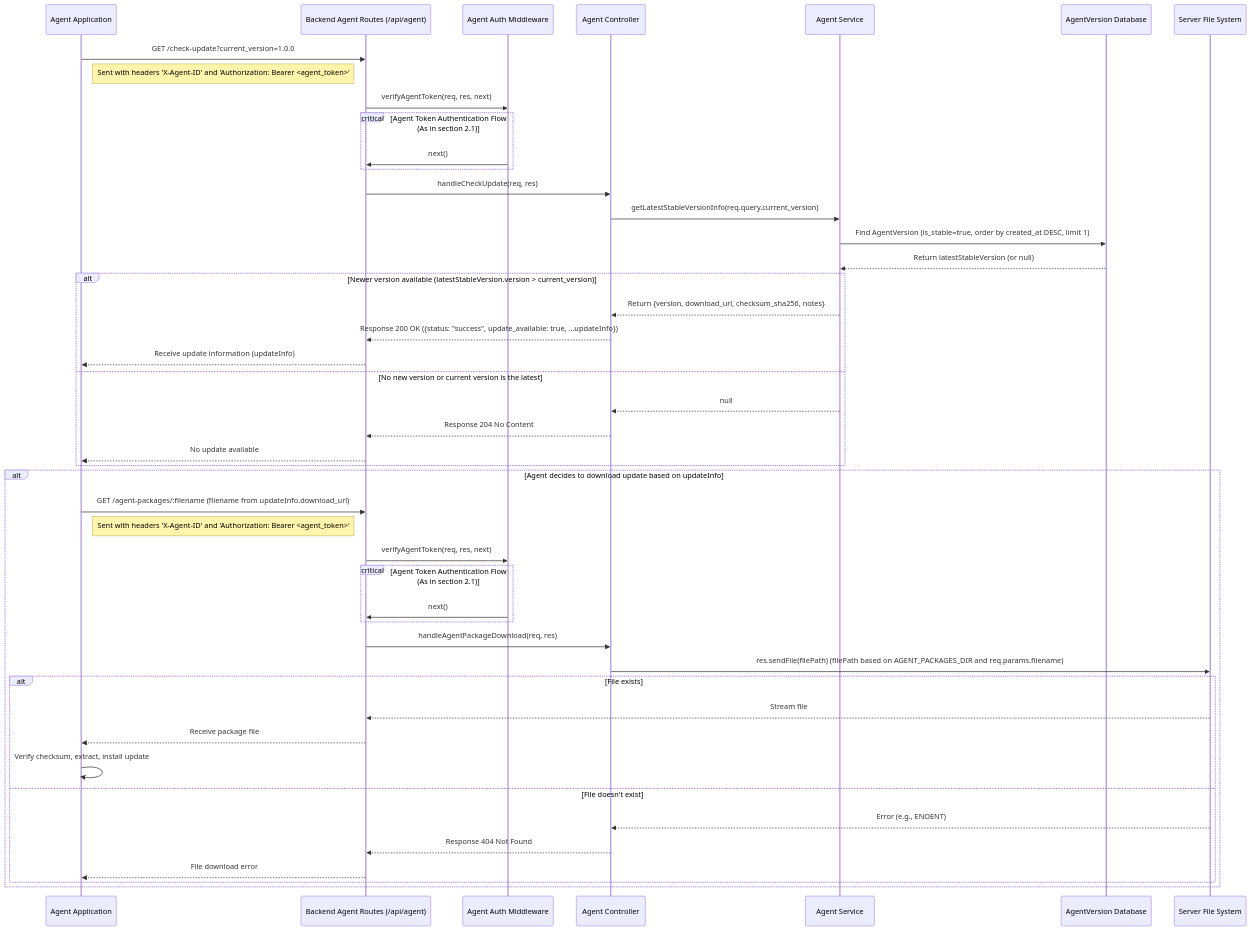
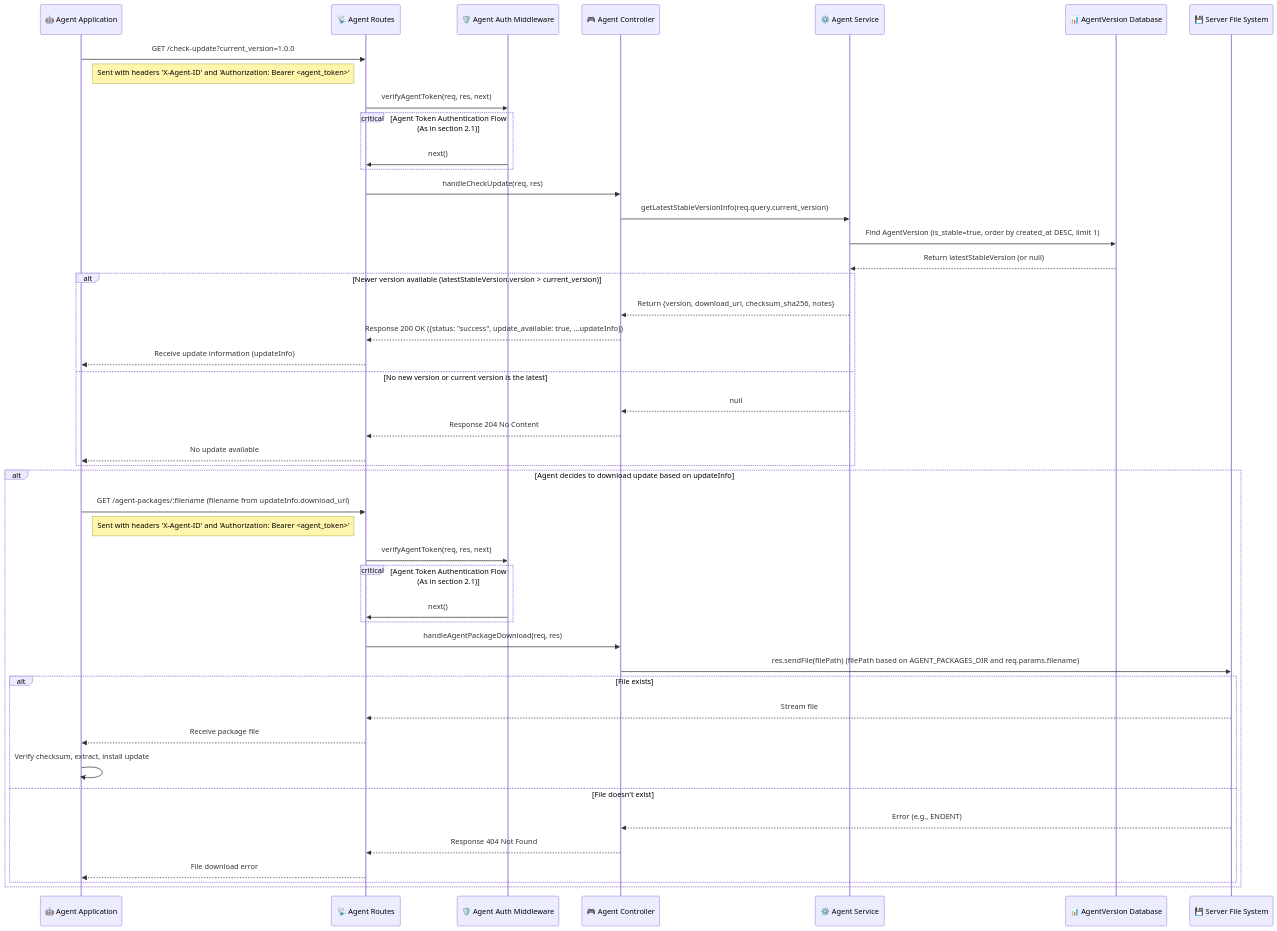
Before and after one commit to LoGGGG2402/computer-management-system: diagram 13 of 16 in backend/docs/flow.md, drawn with Mermaid. The commit also changed other lines of this file and 60 other files, not shown here.

````diff
--- a/backend/docs/flow.md
+++ b/backend/docs/flow.md
@@ -569,52 +488,52 @@
 ```mermaid
 sequenceDiagram
-    participant AgentApp as Agent Application
-    participant BE_AgentRoutes as Backend Agent Routes (/api/agent)
-    participant AgentAuthMiddleware as Agent Auth Middleware
-    participant AgentController as Agent Controller
-    participant AgentService as Agent Service
-    participant AgentVersionDB as AgentVersion Database
-    participant FileSystem as Server File System
+    participant AgentApp as 🤖 Agent Application
+    participant BE_AgentRoutes as 📡 Agent Routes
+    participant AgentAuthMiddleware as 🛡️ Agent Auth Middleware
+    participant AgentController as 🎮 Agent Controller
+    participant AgentService as ⚙️ Agent Service
+    participant AgentVersionDB as 📊 AgentVersion Database
+    participant FileSystem as 💾 Server File System
 
     %% Check for updates
     AgentApp->>BE_AgentRoutes: GET /check-update?current_version=1.0.0
     note right of AgentApp: Sent with headers 'X-Agent-ID' and 'Authorization: Bearer <agent_token>'
     BE_AgentRoutes->>AgentAuthMiddleware: verifyAgentToken(req, res, next)
     critical Agent Token Authentication Flow (As in section 2.1)
         AgentAuthMiddleware->>BE_AgentRoutes: next()
     end
     BE_AgentRoutes->>AgentController: handleCheckUpdate(req, res)
     AgentController->>AgentService: getLatestStableVersionInfo(req.query.current_version)
     AgentService->>AgentVersionDB: Find AgentVersion (is_stable=true, order by created_at DESC, limit 1)
     AgentVersionDB-->>AgentService: Return latestStableVersion (or null)
     alt Newer version available (latestStableVersion.version > current_version)
         AgentService-->>AgentController: Return {version, download_url, checksum_sha256, notes}
         AgentController-->>BE_AgentRoutes: Response 200 OK ({status: "success", update_available: true, ...updateInfo})
         BE_AgentRoutes-->>AgentApp: Receive update information (updateInfo)
     else No new version or current version is the latest
         AgentService-->>AgentController: null
         AgentController-->>BE_AgentRoutes: Response 204 No Content
         BE_AgentRoutes-->>AgentApp: No update available
     end
 
     %% Download update package (if available)
     alt Agent decides to download update based on updateInfo
         AgentApp->>BE_AgentRoutes: GET /agent-packages/:filename (filename from updateInfo.download_url)
         note right of AgentApp: Sent with headers 'X-Agent-ID' and 'Authorization: Bearer <agent_token>'
         BE_AgentRoutes->>AgentAuthMiddleware: verifyAgentToken(req, res, next)
         critical Agent Token Authentication Flow (As in section 2.1)
             AgentAuthMiddleware->>BE_AgentRoutes: next()
         end
         BE_AgentRoutes->>AgentController: handleAgentPackageDownload(req, res)
         AgentController->>FileSystem: res.sendFile(filePath) (filePath based on AGENT_PACKAGES_DIR and req.params.filename)
         alt File exists
             FileSystem-->>BE_AgentRoutes: Stream file
             BE_AgentRoutes-->>AgentApp: Receive package file
             AgentApp->>AgentApp: Verify checksum, extract, install update
         else File doesn't exist
             FileSystem-->>AgentController: Error (e.g., ENOENT)
             AgentController-->>BE_AgentRoutes: Response 404 Not Found
             BE_AgentRoutes-->>AgentApp: File download error
         end
     end
 ```
````
